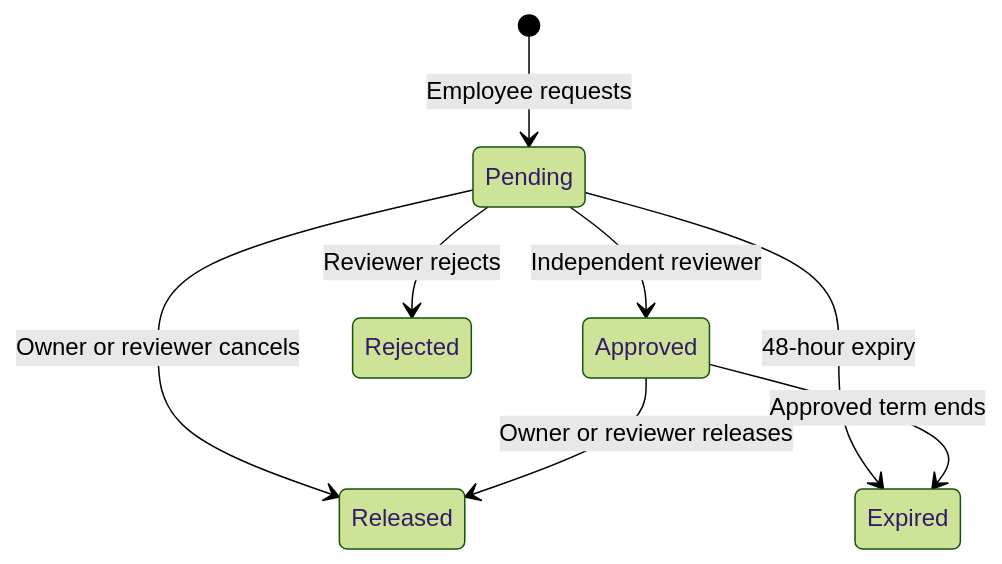
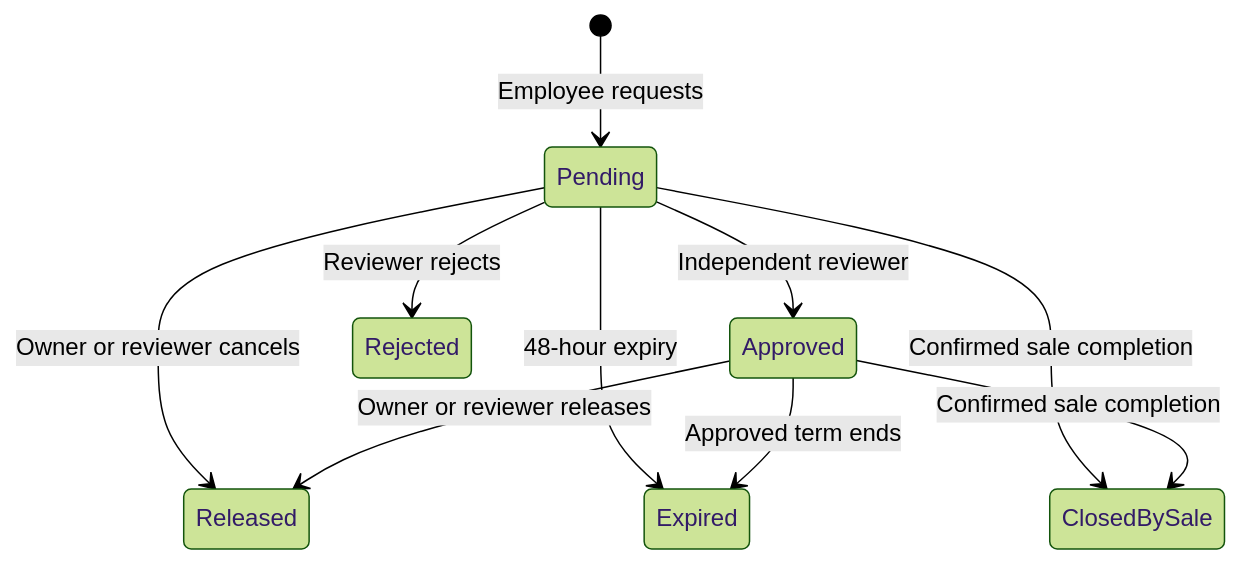
Before and after one commit to Leonard-Data/SGN-Inventory: the diagram in docs/workflows-security.md, drawn with Mermaid (forest theme). The commit also changed other lines of this file and 31 other files, not shown here.

````diff
--- a/docs/workflows-security.md
+++ b/docs/workflows-security.md
@@ -27,10 +29,12 @@
 ```mermaid
 stateDiagram-v2
   [*] --> Pending: Employee requests
   Pending --> Approved: Independent reviewer
   Pending --> Rejected: Reviewer rejects
   Pending --> Released: Owner or reviewer cancels
   Pending --> Expired: 48-hour expiry
   Approved --> Released: Owner or reviewer releases
   Approved --> Expired: Approved term ends
+  Pending --> ClosedBySale: Confirmed sale completion
+  Approved --> ClosedBySale: Confirmed sale completion
 ```
````
